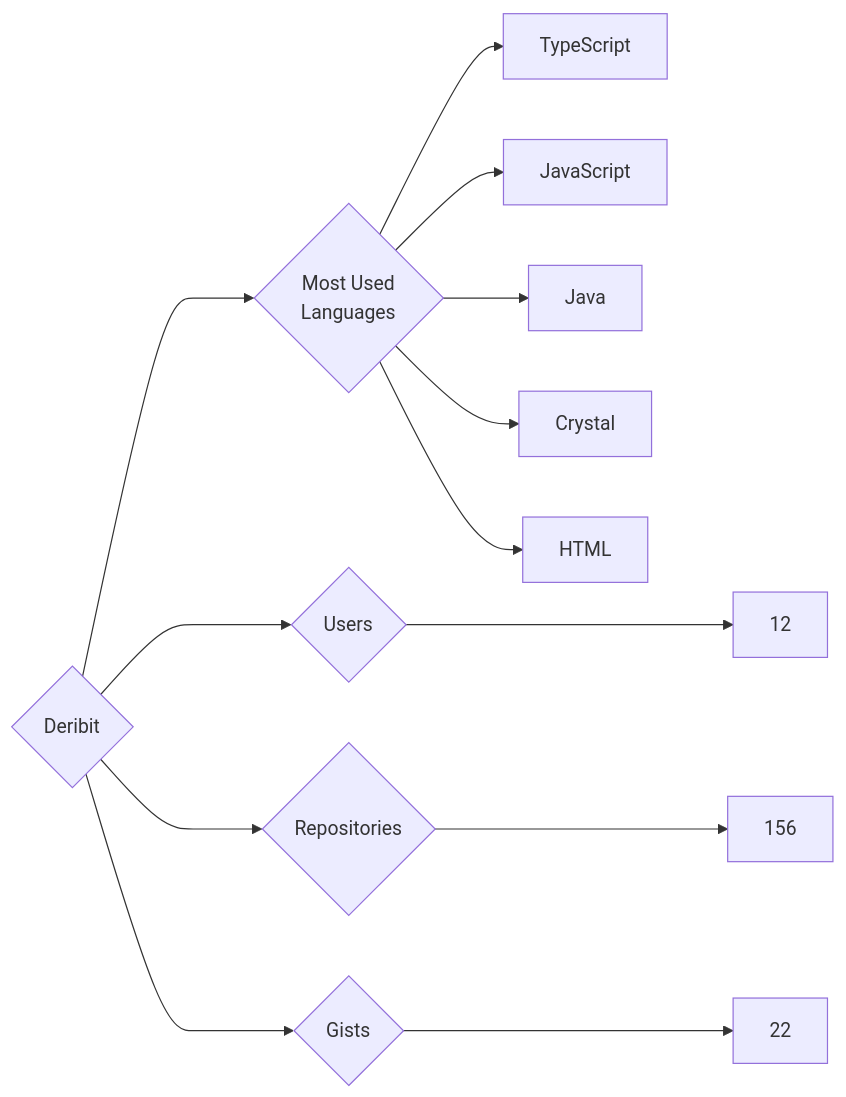
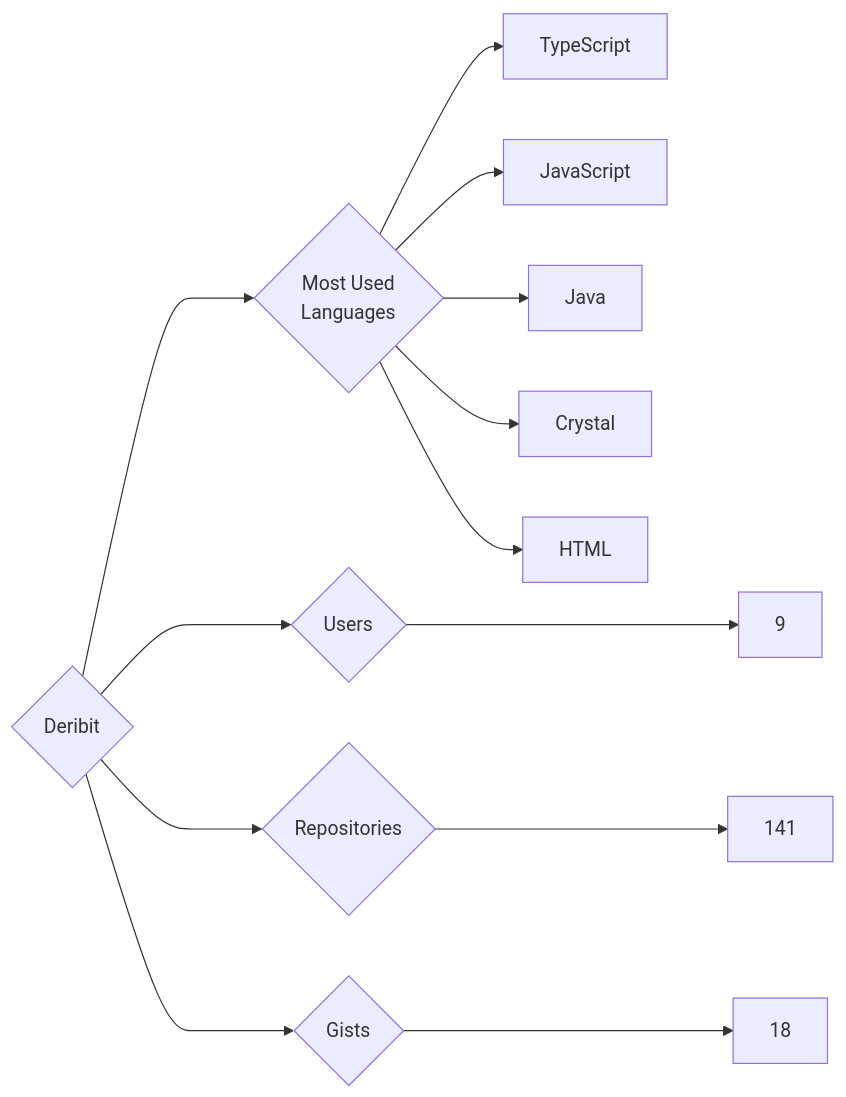
The diagram in targets/Deribit/README.md (trickest/insiders), drawn with Mermaid before and after one commit. The commit also changed 997 other files, not shown here.

````diff
--- a/targets/Deribit/README.md
+++ b/targets/Deribit/README.md
@@ -3,13 +3,13 @@
 ```mermaid
 graph LR
 COMPANY_NAME{Deribit}
-COMPANY_NAME ---> U{Users} ---> UN[12]
-COMPANY_NAME ---> R{Repositories} ---> RN[156]
-COMPANY_NAME ---> G{Gists} ---> GN[22]
+COMPANY_NAME ---> U{Users} ---> UN[9]
+COMPANY_NAME ---> R{Repositories} ---> RN[141]
+COMPANY_NAME ---> G{Gists} ---> GN[18]
 COMPANY_NAME ---> ML{Most Used<br>Languages}
 ML --> TypeScript[TypeScript]
 ML --> JavaScript[JavaScript]
 ML --> Java[Java]
 ML --> Crystal[Crystal]
 ML --> HTML[HTML]
 ```
````
